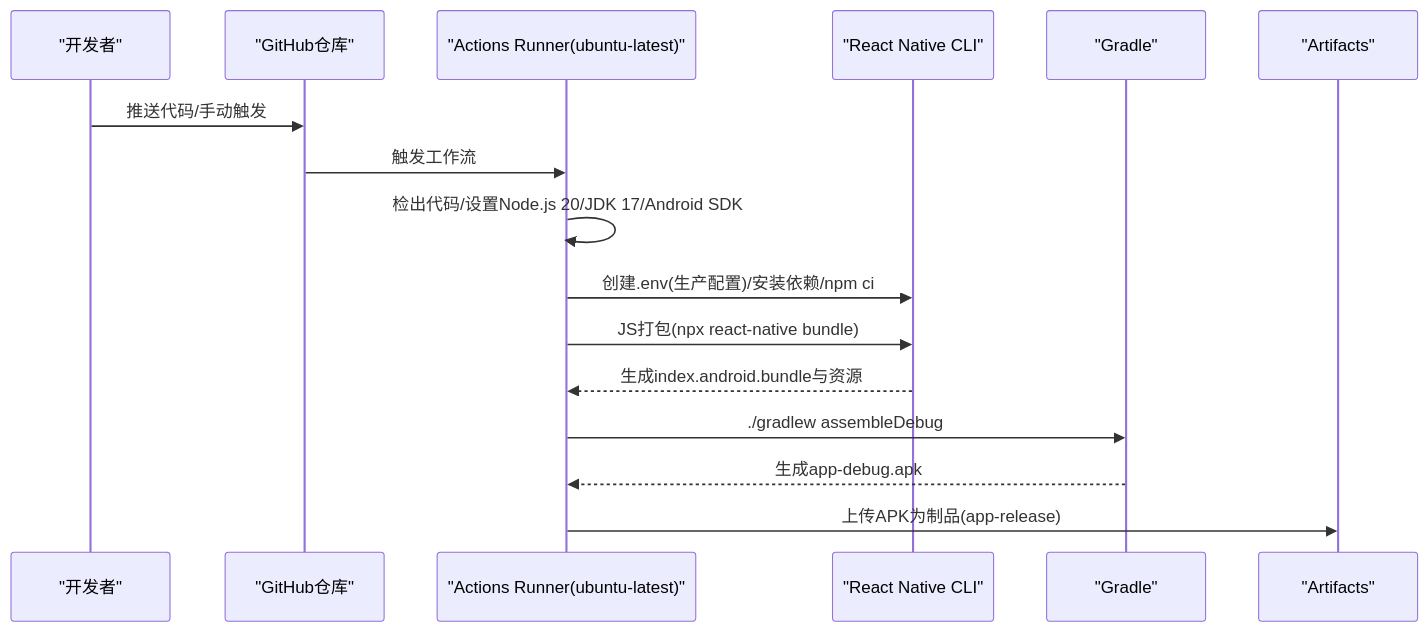
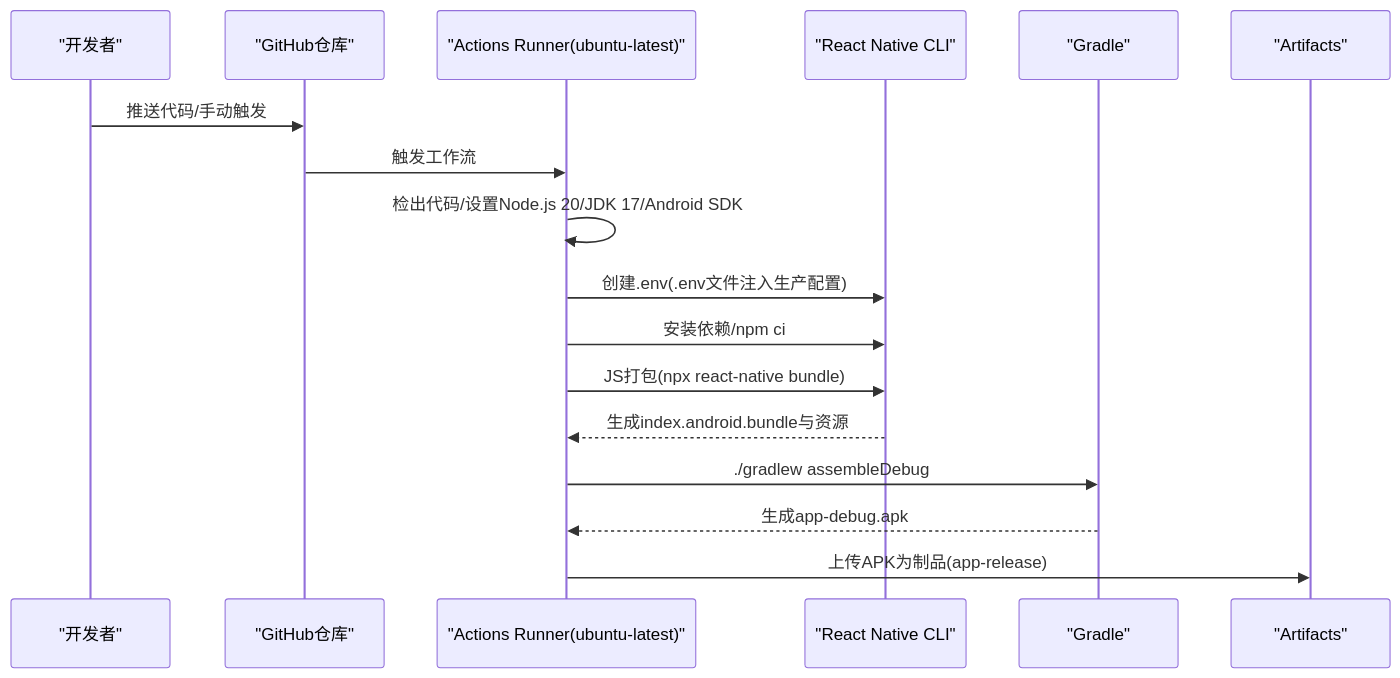
Before and after one commit to yinsw-c2e/drone_Rental_platform_v1: the second of 3 diagrams in .qoder/repowiki/zh/content/部署运维/CI_CD流水线.md, drawn with Mermaid. The commit also changed other lines of this file and 11 other files, not shown here.

````diff
--- a/.qoder/repowiki/zh/content/部署运维/CI_CD流水线.md
+++ b/.qoder/repowiki/zh/content/部署运维/CI_CD流水线.md
@@ -96,18 +122,19 @@
 ```mermaid
 sequenceDiagram
 participant Dev as "开发者"
 participant GH as "GitHub仓库"
 participant ACT as "Actions Runner(ubuntu-latest)"
 participant RN as "React Native CLI"
 participant GR as "Gradle"
 participant ART as "Artifacts"
 Dev->>GH : 推送代码/手动触发
 GH->>ACT : 触发工作流
 ACT->>ACT : 检出代码/设置Node.js 20/JDK 17/Android SDK
-ACT->>RN : 创建.env(生产配置)/安装依赖/npm ci
+ACT->>RN : 创建.env(.env文件注入生产配置)
+ACT->>RN : 安装依赖/npm ci
 ACT->>RN : JS打包(npx react-native bundle)
 RN-->>ACT : 生成index.android.bundle与资源
 ACT->>GR : ./gradlew assembleDebug
 GR-->>ACT : 生成app-debug.apk
 ACT->>ART : 上传APK为制品(app-release)
 ```
````
